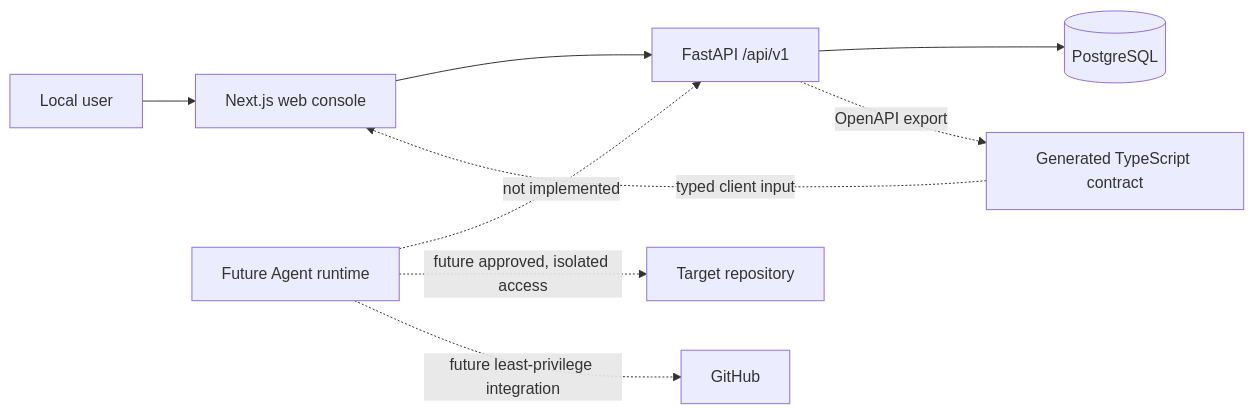
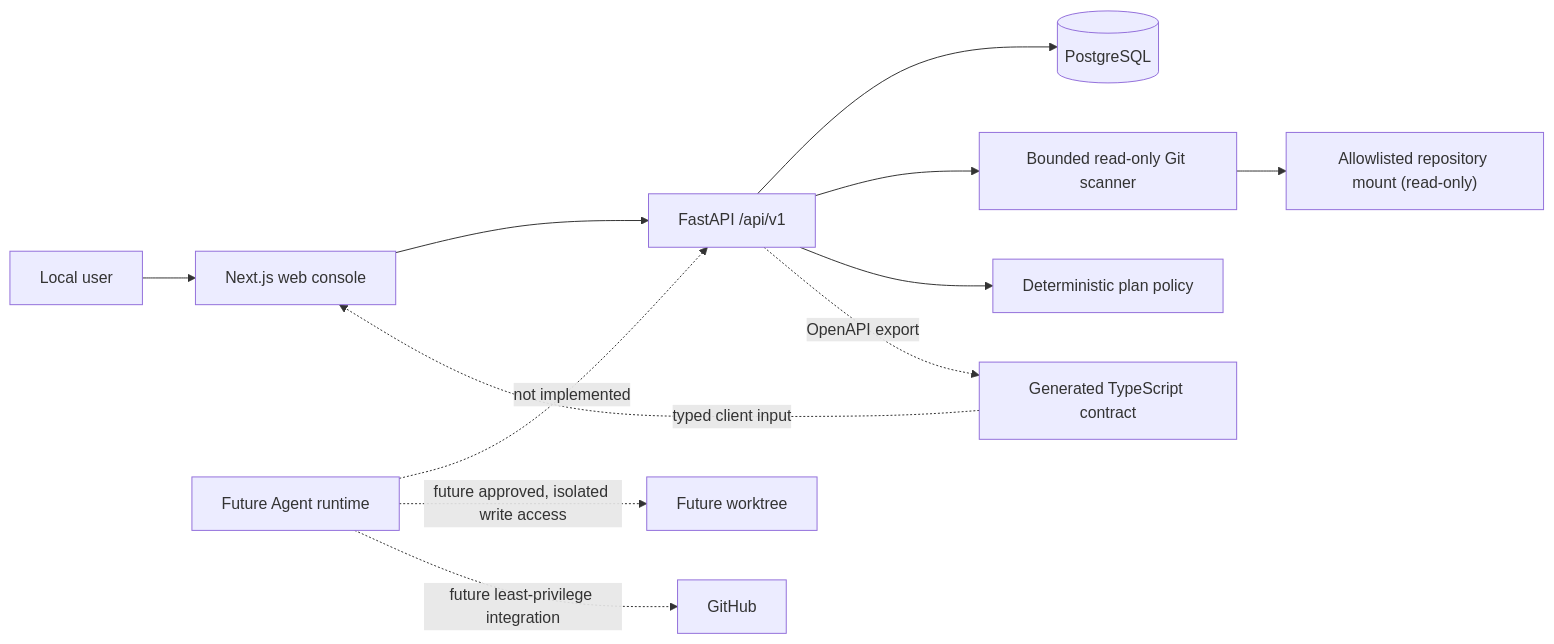
The diagram in README.md (dankk0220abc-prog/visual-engineer), drawn with Mermaid before and after one commit. The commit also changed other lines of this file and 74 other files, not shown here.

Commit message:
feat: add governed read-only repository intelligence

````diff
--- a/README.md
+++ b/README.md
@@ -59,11 +72,14 @@
 ```mermaid
 flowchart LR
     U["Local user"] --> W["Next.js web console"]
     W --> A["FastAPI /api/v1"]
     A --> D[("PostgreSQL")]
+    A --> S["Bounded read-only Git scanner"]
+    S --> R["Allowlisted repository mount (read-only)"]
+    A --> P["Deterministic plan policy"]
     A -. "OpenAPI export" .-> C["Generated TypeScript contract"]
     C -. "typed client input" .-> W
     F["Future Agent runtime"] -. "not implemented" .-> A
-    F -. "future approved, isolated access" .-> R["Target repository"]
+    F -. "future approved, isolated write access" .-> I["Future worktree"]
     F -. "future least-privilege integration" .-> G["GitHub"]
 ```
````
